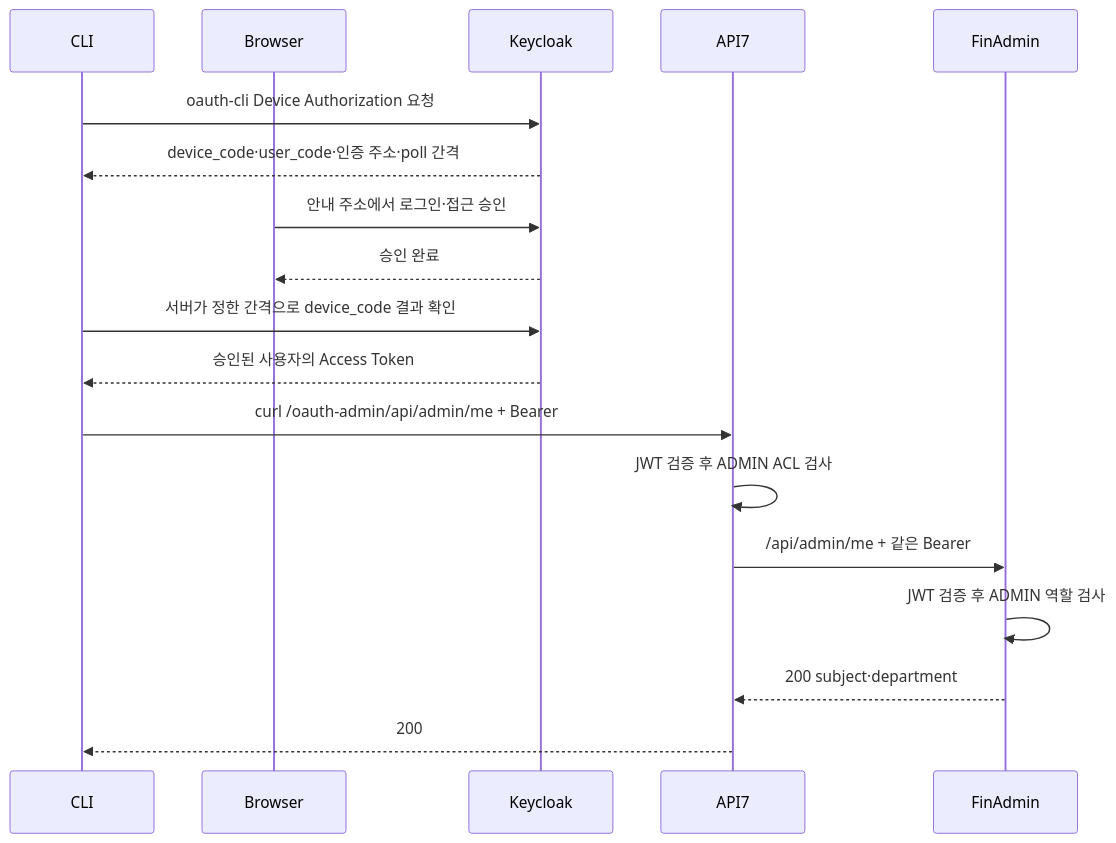
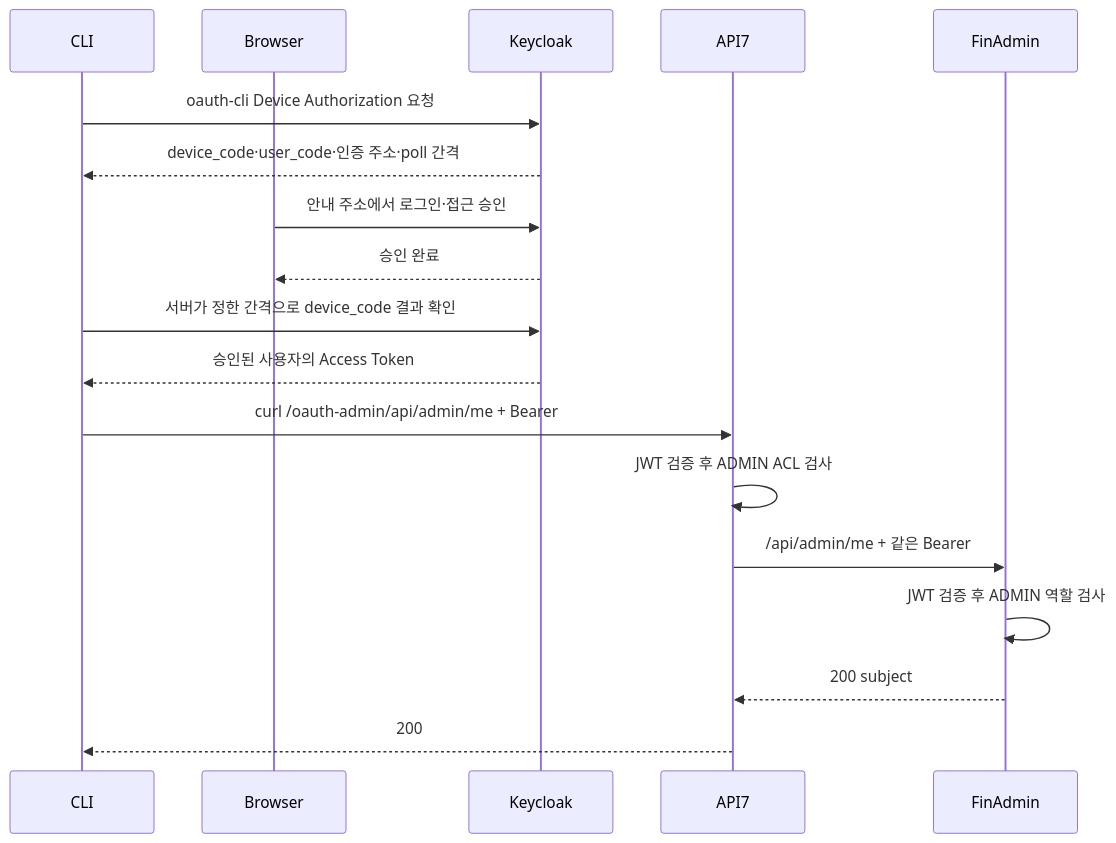
The fourth of 4 diagrams in docs/current/02-architecture.md (Greenapple0101/finadmin), drawn with Mermaid before and after one commit. The commit also changed other lines of this file and 22 other files, not shown here.

````diff
--- a/docs/current/02-architecture.md
+++ b/docs/current/02-architecture.md
@@ -86,20 +81,20 @@
 ```mermaid
 sequenceDiagram
     participant CLI
     participant Browser
     participant Keycloak
     participant API7
     participant FinAdmin
     CLI->>Keycloak: oauth-cli Device Authorization 요청
     Keycloak-->>CLI: device_code·user_code·인증 주소·poll 간격
     Browser->>Keycloak: 안내 주소에서 로그인·접근 승인
     Keycloak-->>Browser: 승인 완료
     CLI->>Keycloak: 서버가 정한 간격으로 device_code 결과 확인
     Keycloak-->>CLI: 승인된 사용자의 Access Token
     CLI->>API7: curl /oauth-admin/api/admin/me + Bearer
     API7->>API7: JWT 검증 후 ADMIN ACL 검사
     API7->>FinAdmin: /api/admin/me + 같은 Bearer
     FinAdmin->>FinAdmin: JWT 검증 후 ADMIN 역할 검사
-    FinAdmin-->>API7: 200 subject·department
+    FinAdmin-->>API7: 200 subject
     API7-->>CLI: 200
 ```
````
